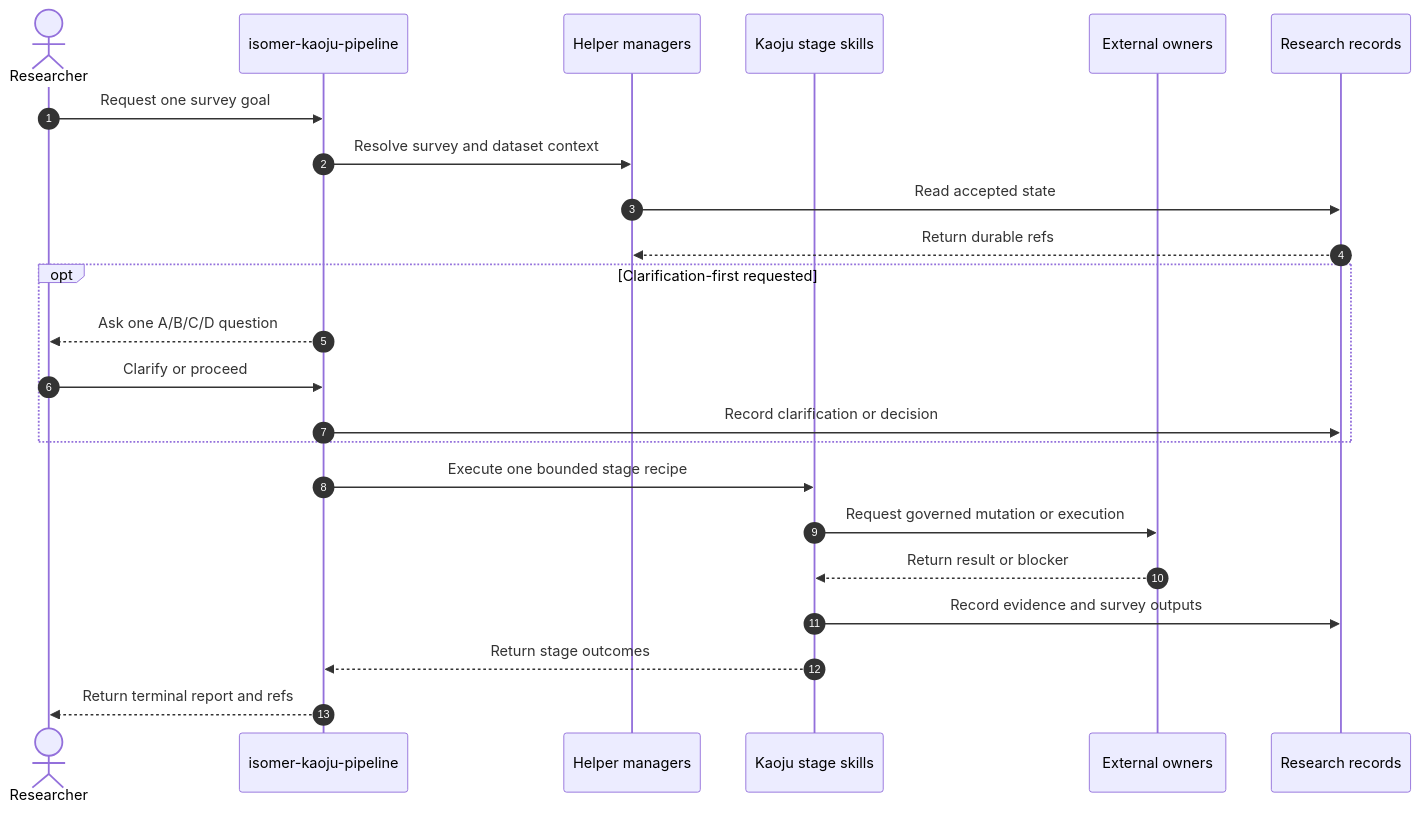
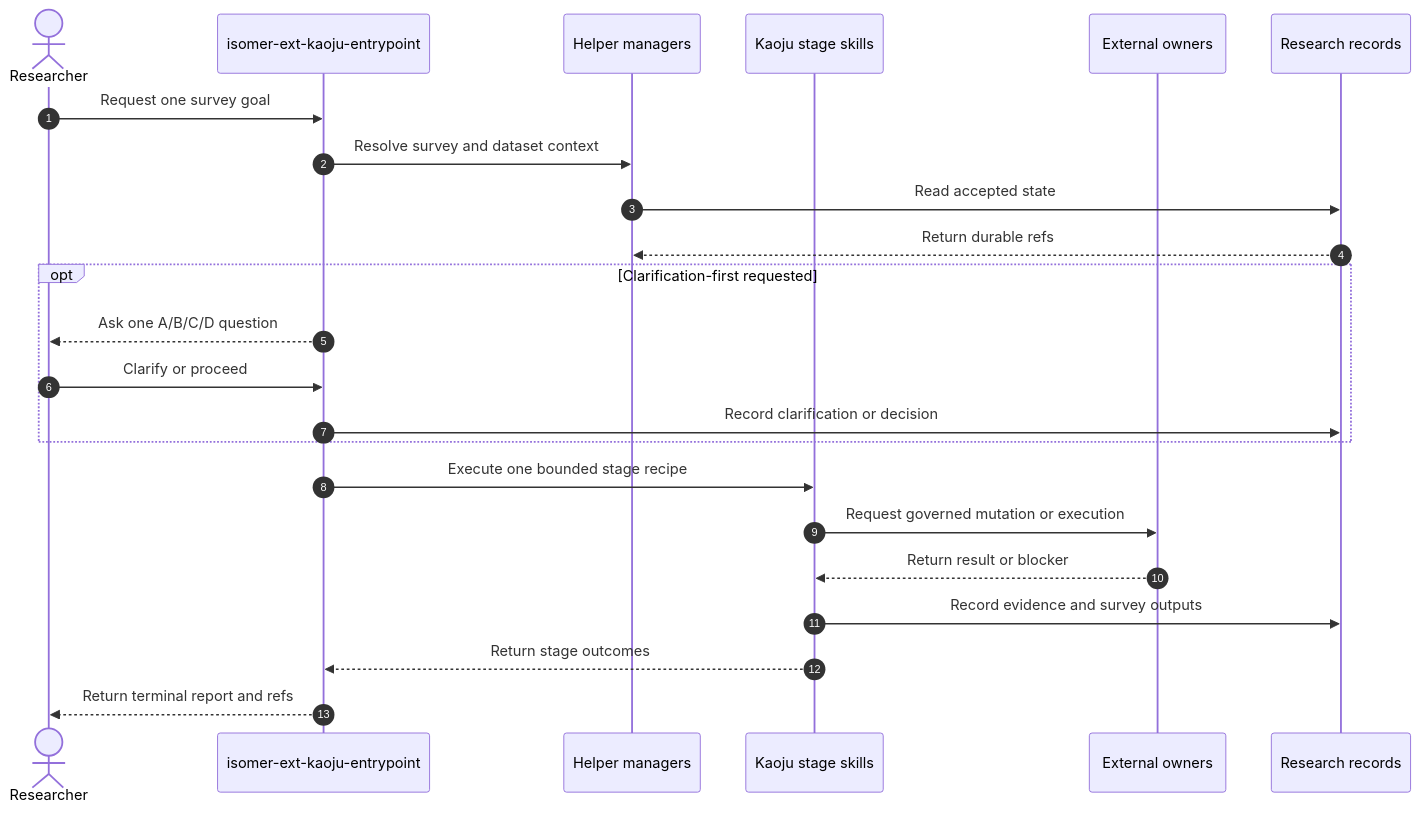
Before and after one commit to CodeGandee/isomer-labs: the diagram in context/features/2026-07-10-kaoju-research-extension/design/isomer-kaoju-pipeline/design-overview.md, drawn with Mermaid. The commit also changed other lines of this file and 1479 other files, not shown here.

````diff
--- a/context/features/2026-07-10-kaoju-research-extension/design/isomer-kaoju-pipeline/design-overview.md
+++ b/context/features/2026-07-10-kaoju-research-extension/design/isomer-kaoju-pipeline/design-overview.md
@@ -127,26 +127,26 @@
 ```mermaid
 sequenceDiagram
   autonumber
   actor U as Researcher
-  participant P as isomer-kaoju-pipeline
+  participant P as isomer-ext-kaoju-entrypoint
   participant H as Helper managers
   participant S as Kaoju stage skills
   participant O as External owners
   participant R as Research records
 
   U->>P: Request one survey goal
   P->>H: Resolve survey and dataset context
   H->>R: Read accepted state
   R-->>H: Return durable refs
   opt Clarification-first requested
     P-->>U: Ask one A/B/C/D question
     U->>P: Clarify or proceed
     P->>R: Record clarification or decision
   end
   P->>S: Execute one bounded stage recipe
   S->>O: Request governed mutation or execution
   O-->>S: Return result or blocker
   S->>R: Record evidence and survey outputs
   S-->>P: Return stage outcomes
   P-->>U: Return terminal report and refs
 ```
````
